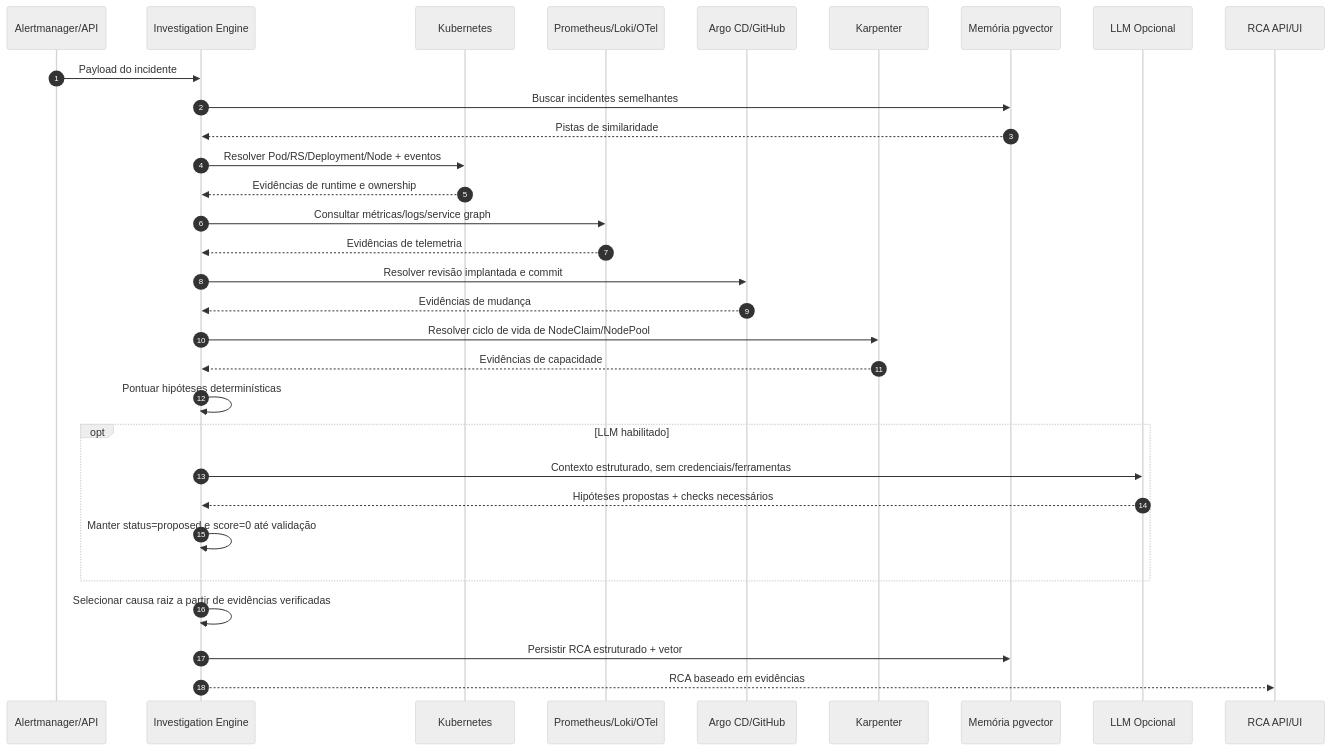
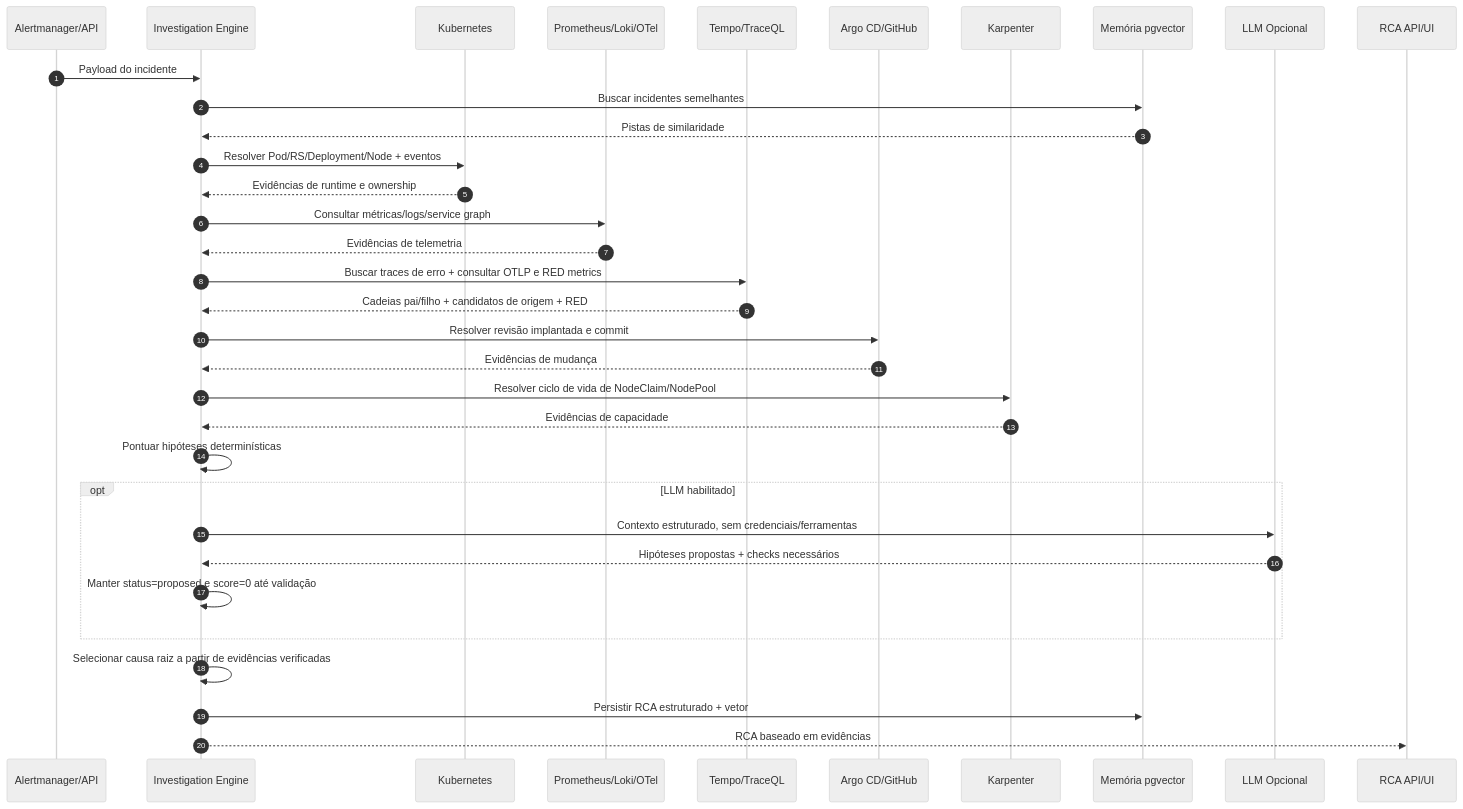
The third of 11 diagrams in docs/architecture.pt-BR.md (marcocristofolini/ai-sre-rca), drawn with Mermaid (neutral theme) before and after one commit. The commit also changed other lines of this file, not shown here.

````diff
--- a/docs/architecture.pt-BR.md
+++ b/docs/architecture.pt-BR.md
@@ -67,34 +70,37 @@
 ```mermaid
 sequenceDiagram
     autonumber
     participant AM as Alertmanager/API
     participant ENG as Investigation Engine
     participant K8S as Kubernetes
     participant OBS as Prometheus/Loki/OTel
+    participant TEMPO as Tempo/TraceQL
     participant CHG as Argo CD/GitHub
     participant KAR as Karpenter
     participant MEM as Memória pgvector
     participant LLM as LLM Opcional
     participant UI as RCA API/UI
 
     AM->>ENG: Payload do incidente
     ENG->>MEM: Buscar incidentes semelhantes
     MEM-->>ENG: Pistas de similaridade
     ENG->>K8S: Resolver Pod/RS/Deployment/Node + eventos
     K8S-->>ENG: Evidências de runtime e ownership
     ENG->>OBS: Consultar métricas/logs/service graph
     OBS-->>ENG: Evidências de telemetria
+    ENG->>TEMPO: Buscar traces de erro + consultar OTLP e RED metrics
+    TEMPO-->>ENG: Cadeias pai/filho + candidatos de origem + RED
     ENG->>CHG: Resolver revisão implantada e commit
     CHG-->>ENG: Evidências de mudança
     ENG->>KAR: Resolver ciclo de vida de NodeClaim/NodePool
     KAR-->>ENG: Evidências de capacidade
     ENG->>ENG: Pontuar hipóteses determinísticas
     opt LLM habilitado
         ENG->>LLM: Contexto estruturado, sem credenciais/ferramentas
         LLM-->>ENG: Hipóteses propostas + checks necessários
         ENG->>ENG: Manter status=proposed e score=0 até validação
     end
     ENG->>ENG: Selecionar causa raiz a partir de evidências verificadas
     ENG->>MEM: Persistir RCA estruturado + vetor
     ENG-->>UI: RCA baseado em evidências
 ```
````
